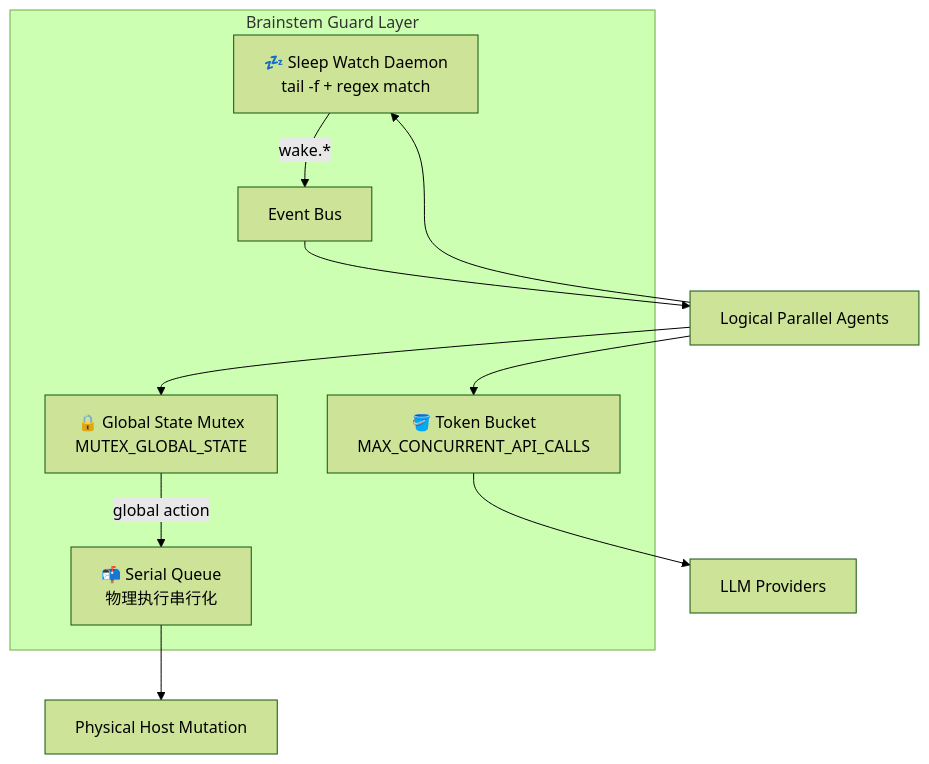
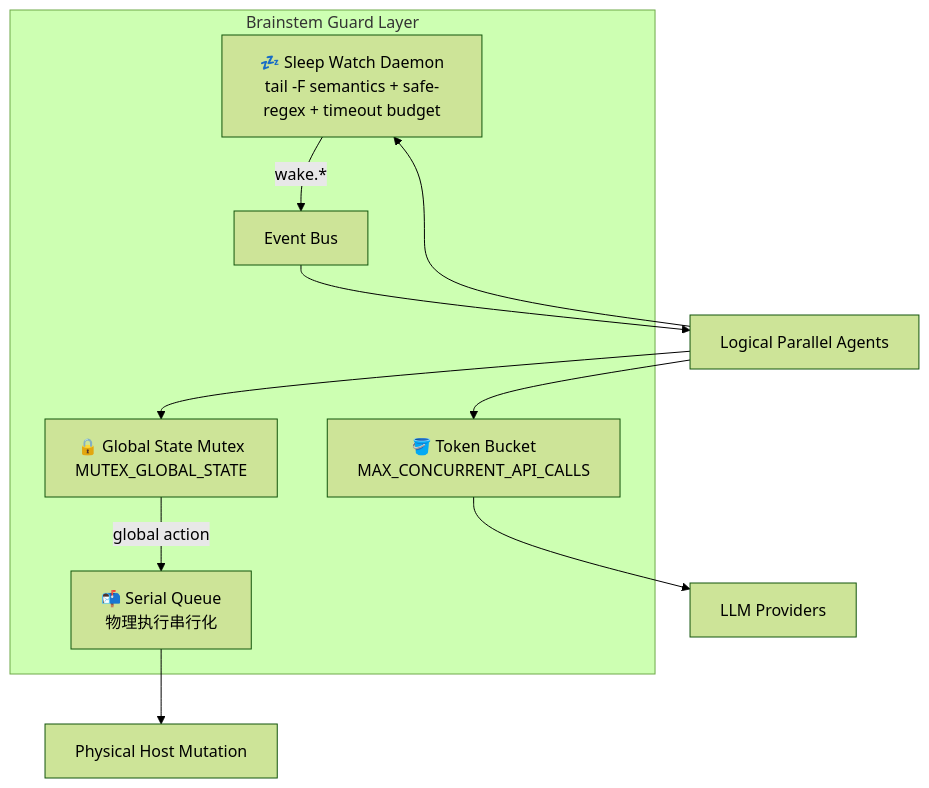
One commit to Yidhar/Embla_System changed diagram 12 of 12 in doc/10-brainstem-layer-modules.md. Above: the diagram before and after it, drawn with Mermaid (forest theme). The commit also changed other lines of this file and 13 other files, not shown here.

Commit message:
docs: refresh architecture specs and security blindspot baseline

````diff
--- a/doc/10-brainstem-layer-modules.md
+++ b/doc/10-brainstem-layer-modules.md
@@ -723,21 +751,21 @@
 ```mermaid
 flowchart TB
     subgraph Guard["Brainstem Guard Layer"]
         MUTEX["🔒 Global State Mutex<br/>MUTEX_GLOBAL_STATE"]
         QUEUE["📬 Serial Queue<br/>物理执行串行化"]
         BUCKET["🪣 Token Bucket<br/>MAX_CONCURRENT_API_CALLS"]
-        SLEEPD["💤 Sleep Watch Daemon<br/>tail -f + regex match"]
+        SLEEPD["💤 Sleep Watch Daemon<br/>tail -F semantics + safe-regex + timeout budget"]
         EB["Event Bus"]
     end
 
     AGENTS["Logical Parallel Agents"] --> MUTEX
     MUTEX -->|global action| QUEUE
     QUEUE --> HOST["Physical Host Mutation"]
 
     AGENTS --> BUCKET
     BUCKET --> LLM["LLM Providers"]
 
     AGENTS --> SLEEPD
     SLEEPD -->|wake.*| EB
     EB --> AGENTS
 ```
````
